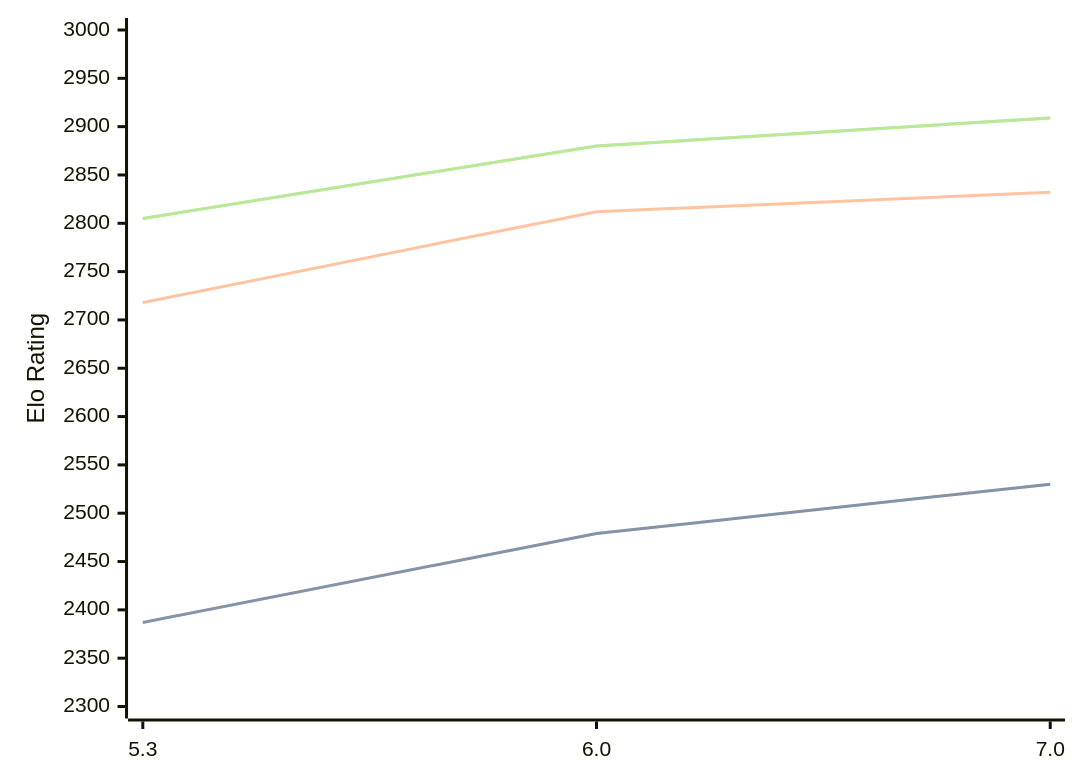
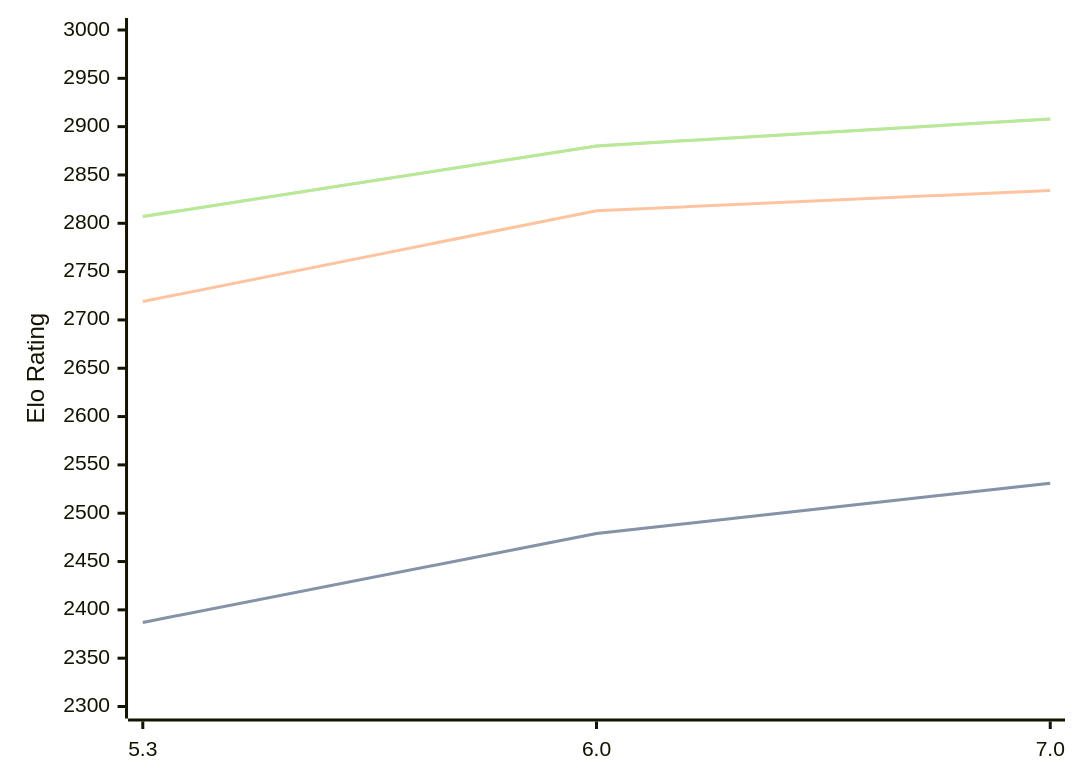
Before and after one commit to computer-chess-index/cci: the diagram in engines/tomitankChess.md, drawn with Mermaid. The commit also changed other lines of this file, not shown here.

Commit message:
Update CCI Ratings (ELO VLTC) - 2026-08-27

````diff
--- a/engines/tomitankChess.md
+++ b/engines/tomitankChess.md
@@ -33,11 +33,11 @@
 ```mermaid
 %%{init: {"theme":"base","themeVariables":{"seriesColors:['#a3a3a3','#222221','#faa371']}}}%%
 xychart-beta
   x-axis ["5.3", "6.0", "7.0"]
   y-axis "Elo Rating" 2300 --> 3000
-  line "STC (8.0+0.08s)" [2387, 2479, 2530]
-  line "STC (8.0+0.08s)" [2387, 2479, 2530]
-  line "LTC (60.0+0.60s)" [2718, 2812, 2832]
-  line "VLTC (2m24s+1.12s)" [2805, 2880, 2909]
-  line "VLTC (2m24s+1.12s)" [2805, 2880, 2909]
+  line "STC (8.0+0.08s)" [2387, 2479, 2531]
+  line "STC (8.0+0.08s)" [2387, 2479, 2531]
+  line "LTC (60.0+0.60s)" [2719, 2813, 2834]
+  line "VLTC (2m24s+1.12s)" [2807, 2880, 2908]
+  line "VLTC (2m24s+1.12s)" [2807, 2880, 2908]
 ```
````
